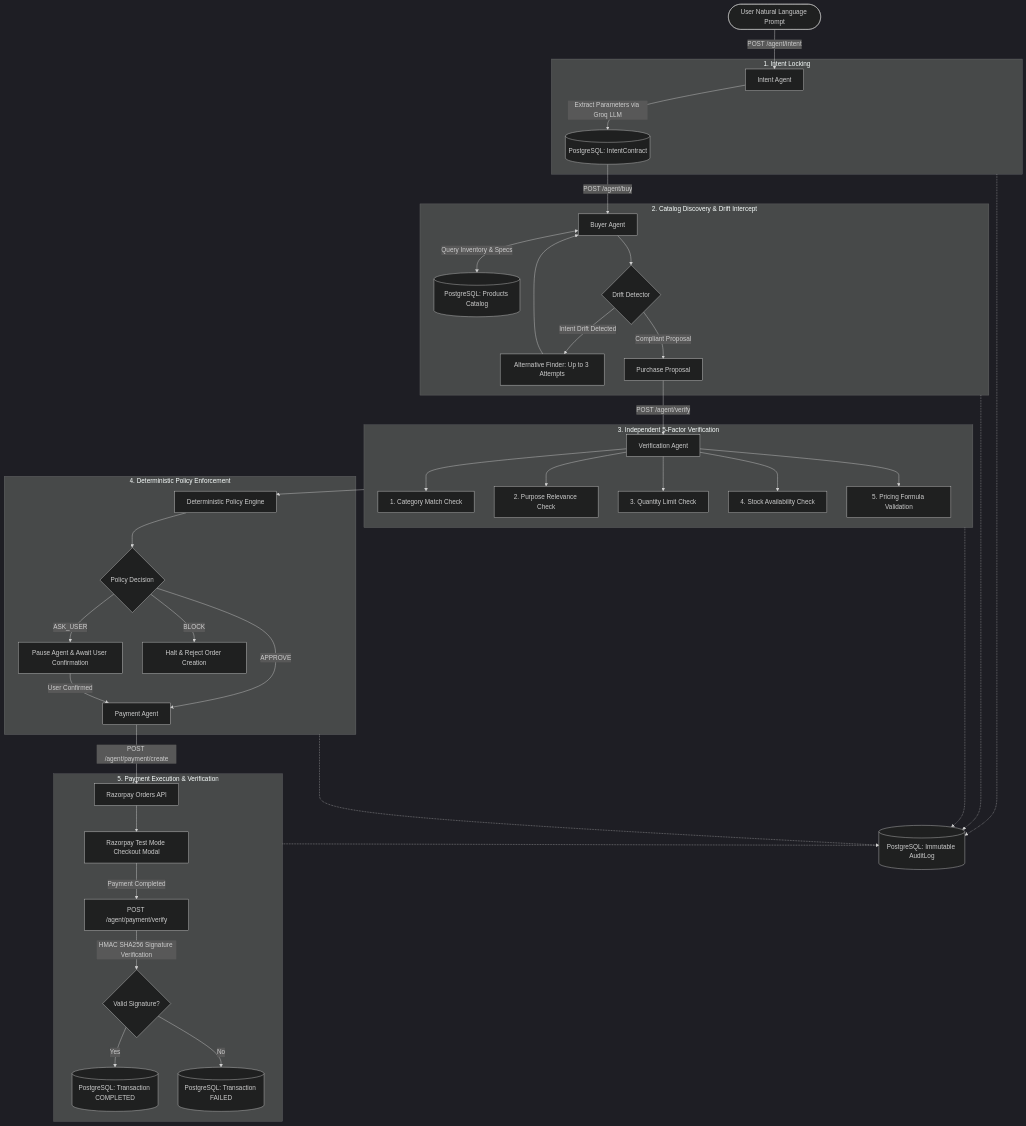
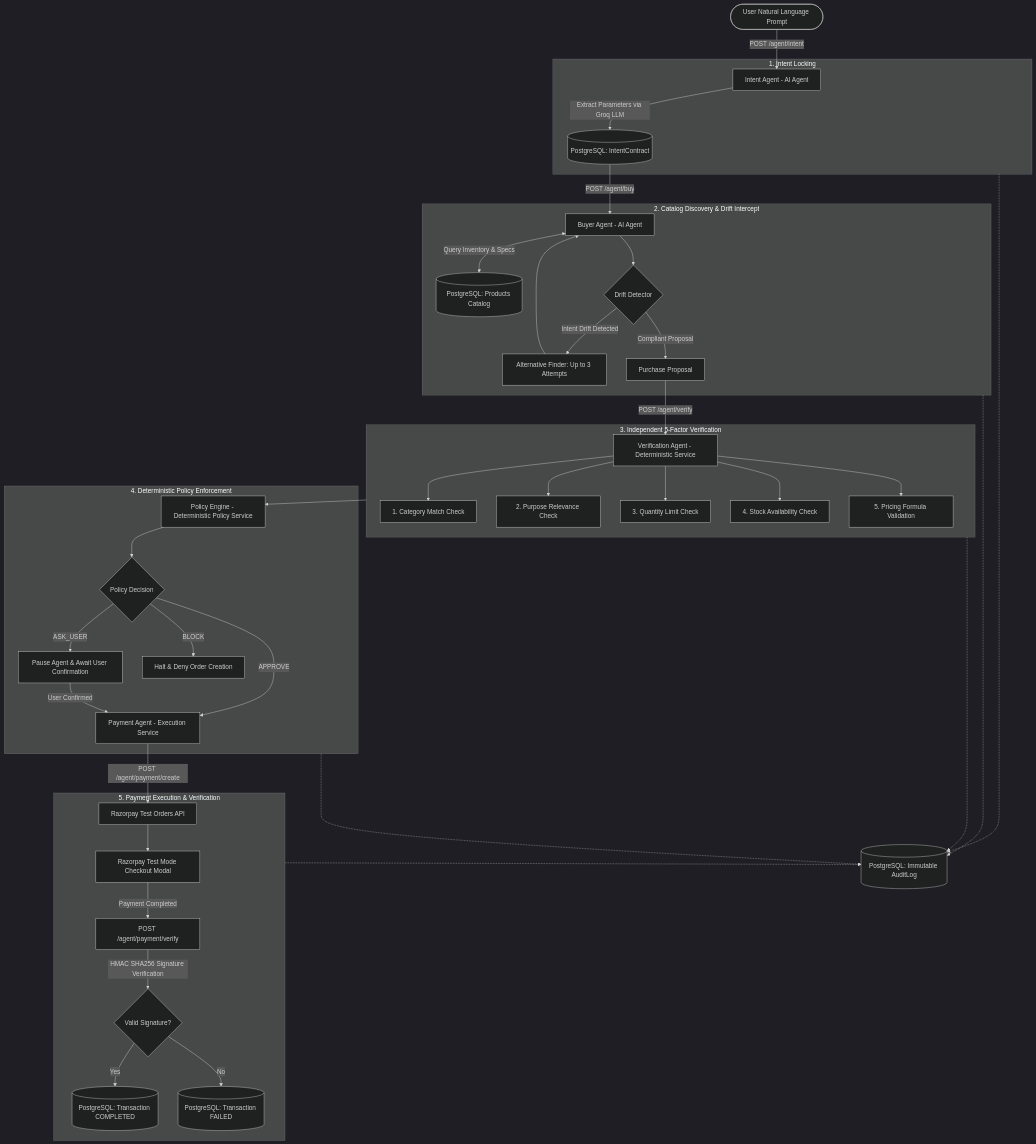
One commit to Shivangi1515/PayGuard changed the diagram in README.md. Above: the diagram before and after it, drawn with Mermaid (dark theme). The commit also changed other lines of this file, not shown here.

Commit message:
docs(readme): polish agent terminology, Groq model consistency, safe placeholders and implementation scope

````diff
--- a/README.md
+++ b/README.md
@@ -31,53 +31,53 @@
 ```mermaid
 flowchart TD
-    User([User Natural Language Prompt]) -->|POST /agent/intent| IA[Intent Agent]
+    User([User Natural Language Prompt]) -->|POST /agent/intent| IA[Intent Agent - AI Agent]
     
     subgraph S1["1. Intent Locking"]
         IA -->|Extract Parameters via Groq LLM| IC[(PostgreSQL: IntentContract)]
     end
     
-    IC -->|POST /agent/buy| BA[Buyer Agent]
+    IC -->|POST /agent/buy| BA[Buyer Agent - AI Agent]
     
     subgraph S2["2. Catalog Discovery & Drift Intercept"]
         BA <-->|Query Inventory & Specs| DB[(PostgreSQL: Products Catalog)]
         BA --> DD{Drift Detector}
         DD -->|Intent Drift Detected| ALT[Alternative Finder: Up to 3 Attempts]
         ALT --> BA
         DD -->|Compliant Proposal| PP[Purchase Proposal]
     end
     
-    PP -->|POST /agent/verify| VA[Verification Agent]
+    PP -->|POST /agent/verify| VA[Verification Agent - Deterministic Service]
     
     subgraph S3["3. Independent 5-Factor Verification"]
         VA --> C1[1. Category Match Check]
         VA --> C2[2. Purpose Relevance Check]
         VA --> C3[3. Quantity Limit Check]
         VA --> C4[4. Stock Availability Check]
         VA --> C5[5. Pricing Formula Validation]
     end
     
-    S3 --> PE[Deterministic Policy Engine]
+    S3 --> PE[Policy Engine - Deterministic Policy Service]
     
     subgraph S4["4. Deterministic Policy Enforcement"]
         PE --> DEC{Policy Decision}
-        DEC -->|APPROVE| PA[Payment Agent]
+        DEC -->|APPROVE| PA[Payment Agent - Execution Service]
         DEC -->|ASK_USER| CONF[Pause Agent & Await User Confirmation]
         CONF -->|User Confirmed| PA
-        DEC -->|BLOCK| BLK[Halt & Reject Order Creation]
+        DEC -->|BLOCK| BLK[Halt & Deny Order Creation]
     end
     
     subgraph S5["5. Payment Execution & Verification"]
-        PA -->|POST /agent/payment/create| RZP_API[Razorpay Orders API]
+        PA -->|POST /agent/payment/create| RZP_API[Razorpay Test Orders API]
         RZP_API --> RZP_UI[Razorpay Test Mode Checkout Modal]
         RZP_UI -->|Payment Completed| RZP_VERIF[POST /agent/payment/verify]
         RZP_VERIF -->|HMAC SHA256 Signature Verification| VERIF_RES{Valid Signature?}
         VERIF_RES -->|Yes| SUCCESS[(PostgreSQL: Transaction COMPLETED)]
         VERIF_RES -->|No| FAIL[(PostgreSQL: Transaction FAILED)]
     end
     
     S1 -.-> AL[(PostgreSQL: Immutable AuditLog)]
     S2 -.-> AL
     S3 -.-> AL
     S4 -.-> AL
     S5 -.-> AL
 ```
````
